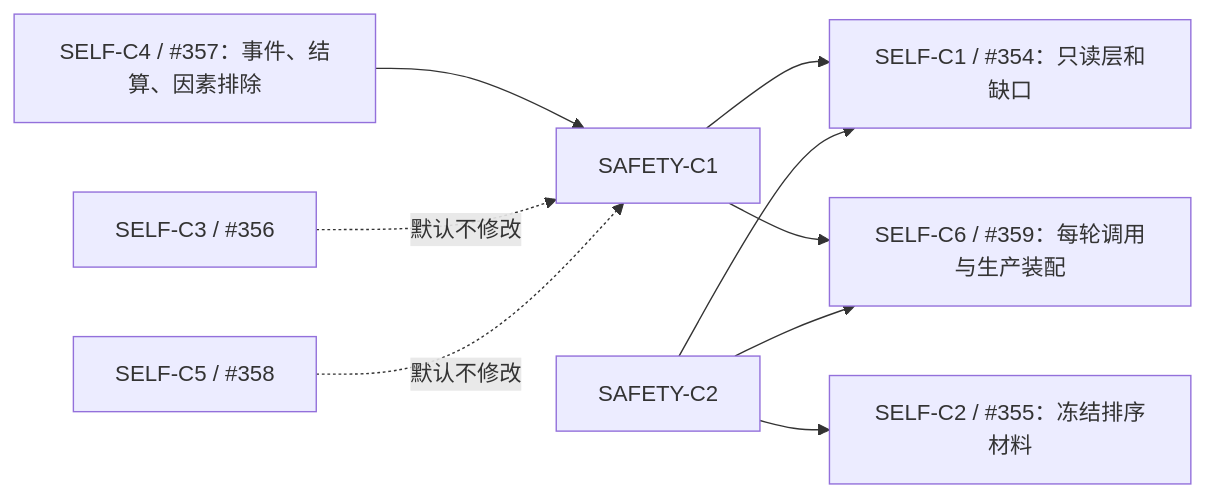
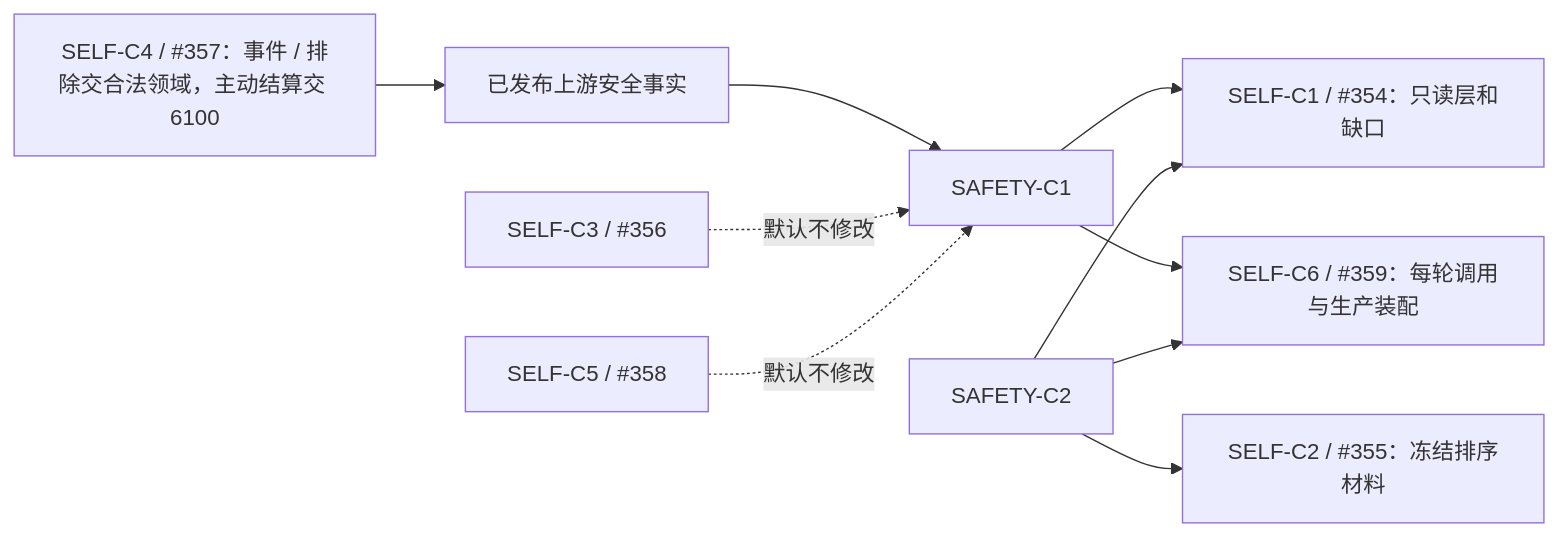
One commit to chunhaizh-cyber/HY-Ego changed the sixth of 6 diagrams in 规范/详细设计/函数结构知识图谱/20260724_SAFETY-PRIORITY_分层安全值维护与因果任务优先级函数结构知识图谱.md. Above: the diagram before and after it, drawn with Mermaid. The commit also changed other lines of this file and 34 other files, not shown here.

````diff
--- a/规范/详细设计/函数结构知识图谱/20260724_SAFETY-PRIORITY_分层安全值维护与因果任务优先级函数结构知识图谱.md
+++ b/规范/详细设计/函数结构知识图谱/20260724_SAFETY-PRIORITY_分层安全值维护与因果任务优先级函数结构知识图谱.md
@@ -272,11 +277,12 @@
 ```mermaid
 flowchart LR
     C1["SAFETY-C1"] --> S1["SELF-C1 / #354：只读层和缺口"]
     C2["SAFETY-C2"] --> S1
     C2 --> S2["SELF-C2 / #355：冻结排序材料"]
-    S4["SELF-C4 / #357：事件、结算、因素排除"] --> C1
+    S4["SELF-C4 / #357：事件 / 排除交合法领域，主动结算交 6100"] --> U["已发布上游安全事实"]
+    U --> C1
     C1 --> S6["SELF-C6 / #359：每轮调用与生产装配"]
     C2 --> S6
     S3["SELF-C3 / #356"] -. "默认不修改" .-> C1
     S5["SELF-C5 / #358"] -. "默认不修改" .-> C1
 ```
````
